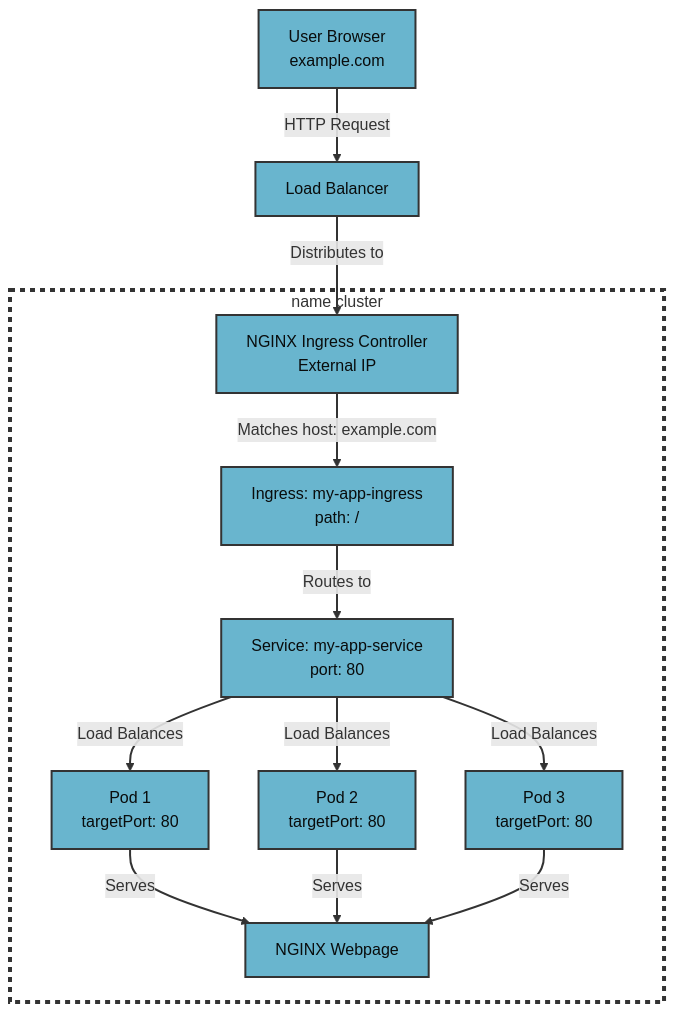
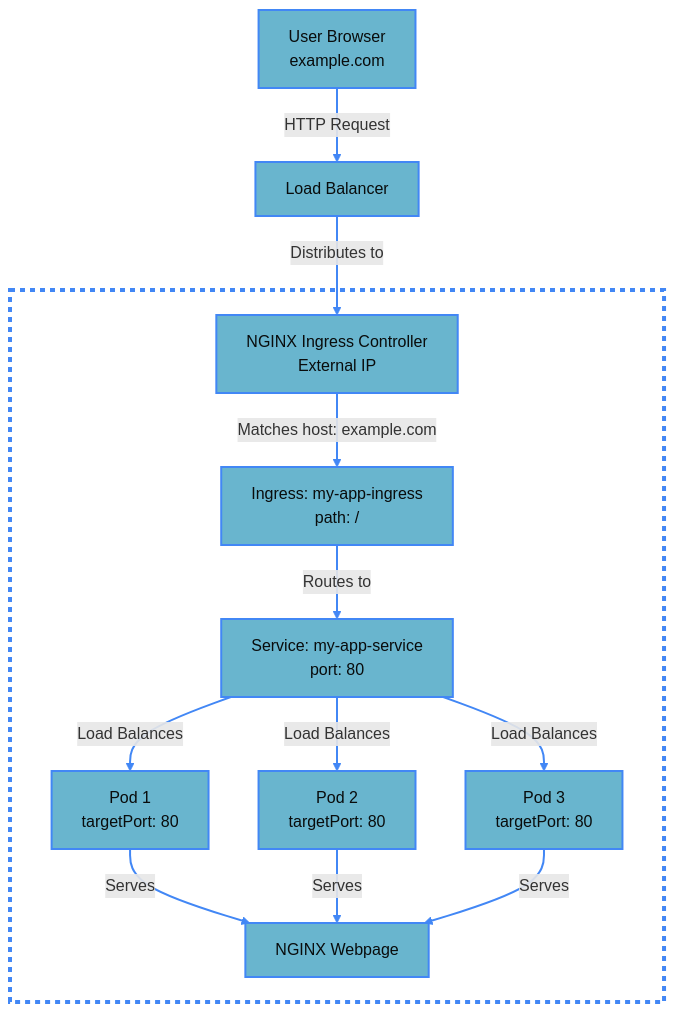
The diagram in blogger/posts/2025-06-15-ingress-yaml.md (wang-engineer/wang-engineer.github.io), drawn with Mermaid before and after one commit.

Commit message:
delete last line

```diff
--- a/blogger/posts/2025-06-15-ingress-yaml.md
+++ b/blogger/posts/2025-06-15-ingress-yaml.md
@@ -128,28 +128,28 @@
 <div class="mermaid">
 graph TD
     A[User Browser<br>example.com] -->|HTTP Request| LB[Load Balancer]
     LB -->|Distributes to| B[NGINX Ingress Controller<br>External IP]
 
     %% Kubernetes Cluster Subgraph
-    subgraph K8sCluster[name cluster]
+    subgraph K8sCluster[ ]
         B -->|Matches host: example.com| C[Ingress: my-app-ingress<br>path: /]
         C -->|Routes to| D[Service: my-app-service<br>port: 80]
         D -->|Load Balances| E[Pod 1<br>targetPort: 80]
         D -->|Load Balances| F[Pod 2<br>targetPort: 80]
         D -->|Load Balances| G[Pod 3<br>targetPort: 80]
         E -->|Serves| H[NGINX Webpage]
         F -->|Serves| H
         G -->|Serves| H
     end
 
     %% Styling nodes
-    classDef nodeStyle fill:#69b5ce,stroke:#333333,stroke-width:2px,color:#090c0c;
+    classDef nodeStyle fill:#69b5ce,stroke:#4287f5,stroke-width:2px,color:#090c0c;
     class A,LB,B,C,D,E,F,G,H nodeStyle;
 
     %% Styling edges
-    linkStyle default stroke:#333333,stroke-width:2px;
+    linkStyle default stroke:#4287f5,stroke-width:2px;
 
     %% Styling subgraph border
-    classDef clusterStyle fill:none,stroke:#333333,stroke-width:4px,stroke-dasharray:5,5;
+    classDef clusterStyle fill:none,stroke:#4287f5,stroke-width:4px,stroke-dasharray:5,5;
     class K8sCluster clusterStyle;
 </div>
```
